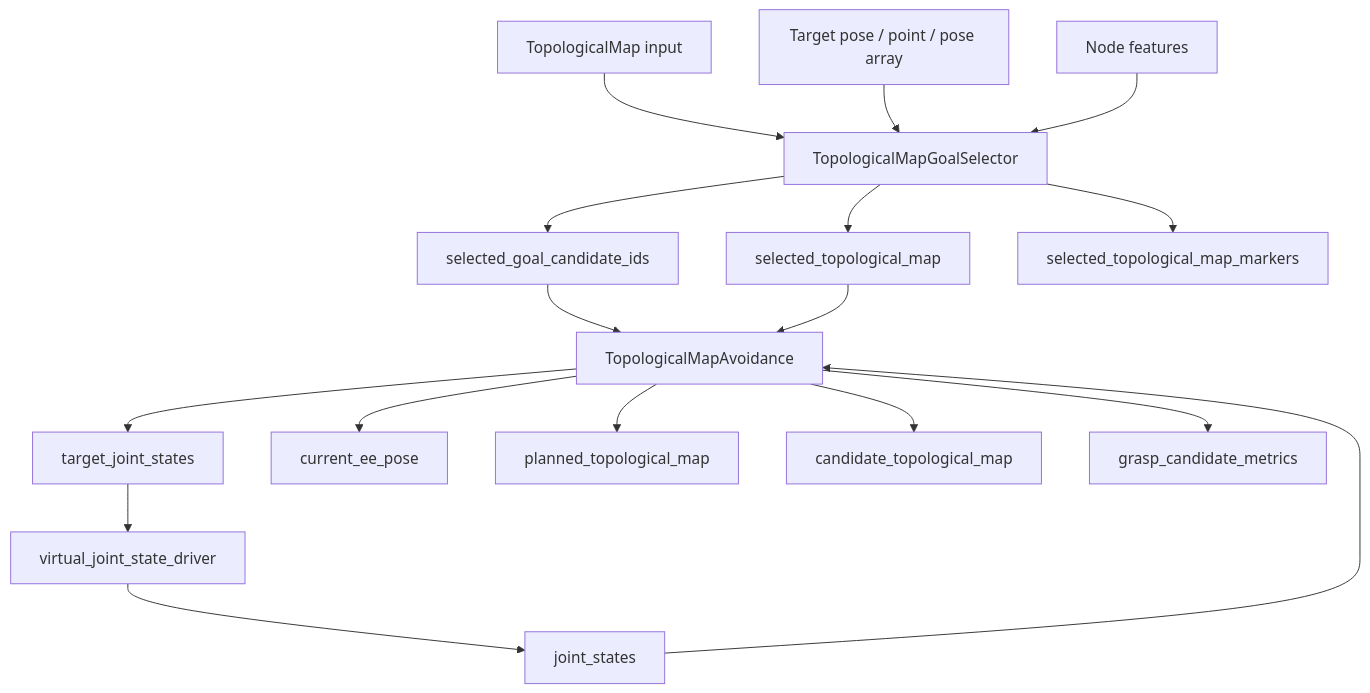
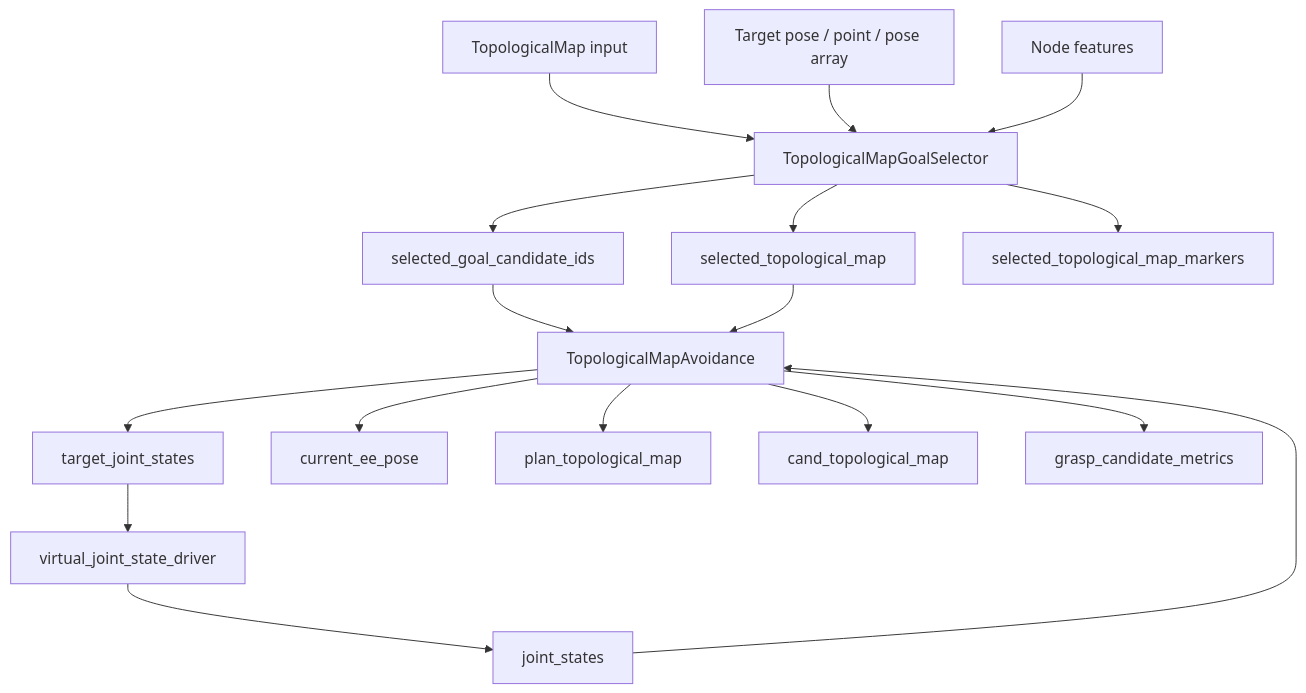
One commit to uraki-UH/arm_avoidance changed the second of 7 diagrams in gng_vlut_system/docs/TECHNICAL_SPEC.md. Above: the diagram before and after it, drawn with Mermaid. The commit also changed other lines of this file and 1 other file, not shown here.

Commit message:
fix: Update topic names from 'planned_topological_map' to 'plan_topological_map' and 'candidate_topological_map' to 'cand_topological_map'

````diff
--- a/gng_vlut_system/docs/TECHNICAL_SPEC.md
+++ b/gng_vlut_system/docs/TECHNICAL_SPEC.md
@@ -184,20 +184,20 @@
 ```mermaid
 flowchart TD
     A[TopologicalMap input] --> B[TopologicalMapGoalSelector]
     C[Target pose / point / pose array] --> B
     D[Node features] --> B
     B --> E[selected_goal_candidate_ids]
     B --> F[selected_topological_map]
     B --> G[selected_topological_map_markers]
 
     E --> H[TopologicalMapAvoidance]
     F --> H
     I[joint_states] --> H
     H --> J[target_joint_states]
     H --> K[current_ee_pose]
-    H --> L[planned_topological_map]
-    H --> M[candidate_topological_map]
+    H --> L[plan_topological_map]
+    H --> M[cand_topological_map]
     H --> N[grasp_candidate_metrics]
     J --> O[virtual_joint_state_driver]
     O --> I
 ```
````
